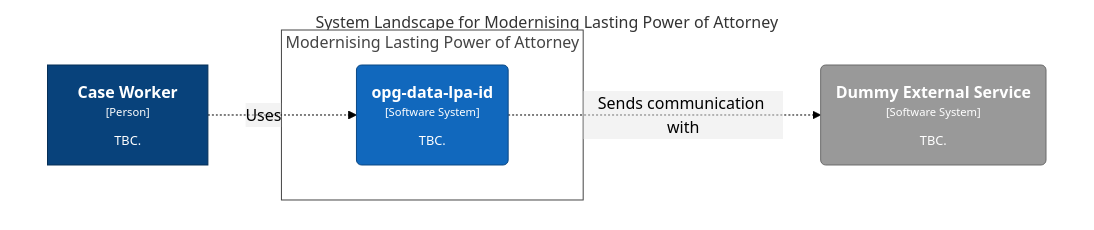
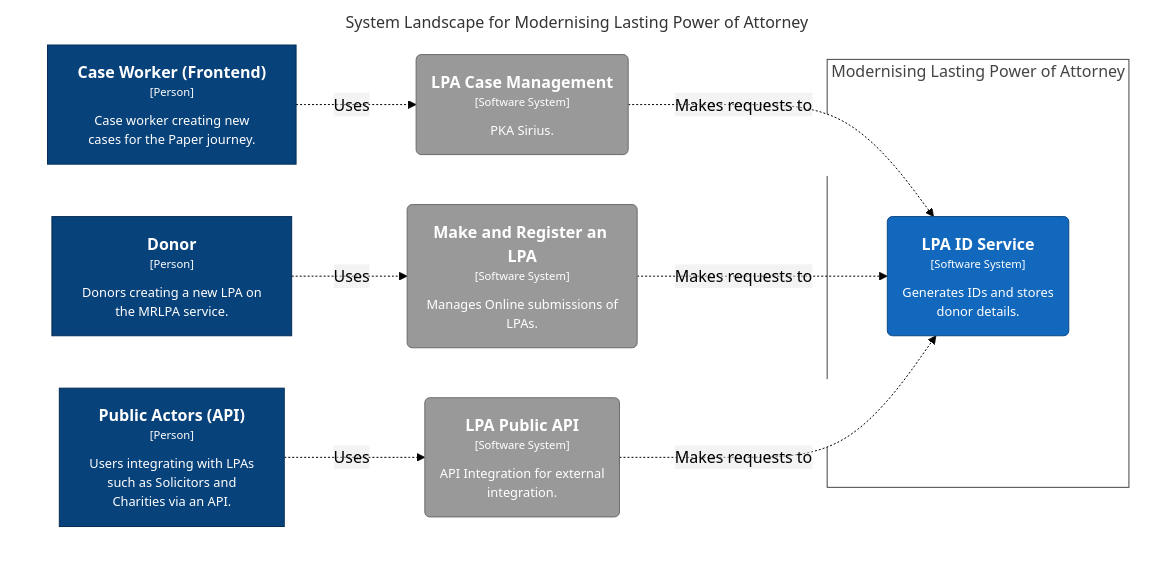
The diagram in docs/architecture/dsl/local/structurizr-1-SystemLandscape.mmd (ministryofjustice/opg-data-lpa-uid), drawn with Mermaid (forest theme) before and after one commit. The commit also changed 7 other files, not shown here.

```diff
--- a/docs/architecture/dsl/local/structurizr-1-SystemLandscape.mmd
+++ b/docs/architecture/dsl/local/structurizr-1-SystemLandscape.mmd
@@ -1,21 +1,33 @@
 graph TB
   linkStyle default fill:#ffffff
 
   subgraph diagram [System Landscape for Modernising Lasting Power of Attorney]
     style diagram fill:#ffffff,stroke:#ffffff
 
     subgraph enterprise [Modernising Lasting Power of Attorney]
       style enterprise fill:#ffffff,stroke:#444444,color:#444444
 
-      2("<div style='font-weight: bold'>opg-data-lpa-id</div><div style='font-size: 70%; margin-top: 0px'>[Software System]</div><div style='font-size: 80%; margin-top:10px'>TBC.</div>")
-      style 2 fill:#1168bd,stroke:#0b4884,color:#ffffff
+      7("<div style='font-weight: bold'>LPA ID Service</div><div style='font-size: 70%; margin-top: 0px'>[Software System]</div><div style='font-size: 80%; margin-top:10px'>Generates IDs and stores<br />donor details.</div>")
+      style 7 fill:#1168bd,stroke:#0b4884,color:#ffffff
     end
 
-    1["<div style='font-weight: bold'>Case Worker</div><div style='font-size: 70%; margin-top: 0px'>[Person]</div><div style='font-size: 80%; margin-top:10px'>TBC.</div>"]
+    1["<div style='font-weight: bold'>Case Worker (Frontend)</div><div style='font-size: 70%; margin-top: 0px'>[Person]</div><div style='font-size: 80%; margin-top:10px'>Case worker creating new<br />cases for the Paper journey.</div>"]
     style 1 fill:#08427b,stroke:#052e56,color:#ffffff
-    8("<div style='font-weight: bold'>Dummy External Service</div><div style='font-size: 70%; margin-top: 0px'>[Software System]</div><div style='font-size: 80%; margin-top:10px'>TBC.</div>")
-    style 8 fill:#999999,stroke:#6b6b6b,color:#ffffff
+    2["<div style='font-weight: bold'>Donor</div><div style='font-size: 70%; margin-top: 0px'>[Person]</div><div style='font-size: 80%; margin-top:10px'>Donors creating a new LPA on<br />the MRLPA service.</div>"]
+    style 2 fill:#08427b,stroke:#052e56,color:#ffffff
+    3["<div style='font-weight: bold'>Public Actors (API)</div><div style='font-size: 70%; margin-top: 0px'>[Person]</div><div style='font-size: 80%; margin-top:10px'>Users integrating with LPAs<br />such as Solicitors and<br />Charities via an API.</div>"]
+    style 3 fill:#08427b,stroke:#052e56,color:#ffffff
+    4("<div style='font-weight: bold'>LPA Case Management</div><div style='font-size: 70%; margin-top: 0px'>[Software System]</div><div style='font-size: 80%; margin-top:10px'>PKA Sirius.</div>")
+    style 4 fill:#999999,stroke:#6b6b6b,color:#ffffff
+    5("<div style='font-weight: bold'>Make and Register an LPA</div><div style='font-size: 70%; margin-top: 0px'>[Software System]</div><div style='font-size: 80%; margin-top:10px'>Manages Online submissions of<br />LPAs.</div>")
+    style 5 fill:#999999,stroke:#6b6b6b,color:#ffffff
+    6("<div style='font-weight: bold'>LPA Public API</div><div style='font-size: 70%; margin-top: 0px'>[Software System]</div><div style='font-size: 80%; margin-top:10px'>API Integration for external<br />integration.</div>")
+    style 6 fill:#999999,stroke:#6b6b6b,color:#ffffff
 
-    2-. "<div>Sends communication with</div><div style='font-size: 70%'></div>" .->8
-    1-. "<div>Uses</div><div style='font-size: 70%'></div>" .->2
+    1-. "<div>Uses</div><div style='font-size: 70%'></div>" .->4
+    2-. "<div>Uses</div><div style='font-size: 70%'></div>" .->5
+    3-. "<div>Uses</div><div style='font-size: 70%'></div>" .->6
+    4-. "<div>Makes requests to</div><div style='font-size: 70%'></div>" .->7
+    5-. "<div>Makes requests to</div><div style='font-size: 70%'></div>" .->7
+    6-. "<div>Makes requests to</div><div style='font-size: 70%'></div>" .->7
   end
```
